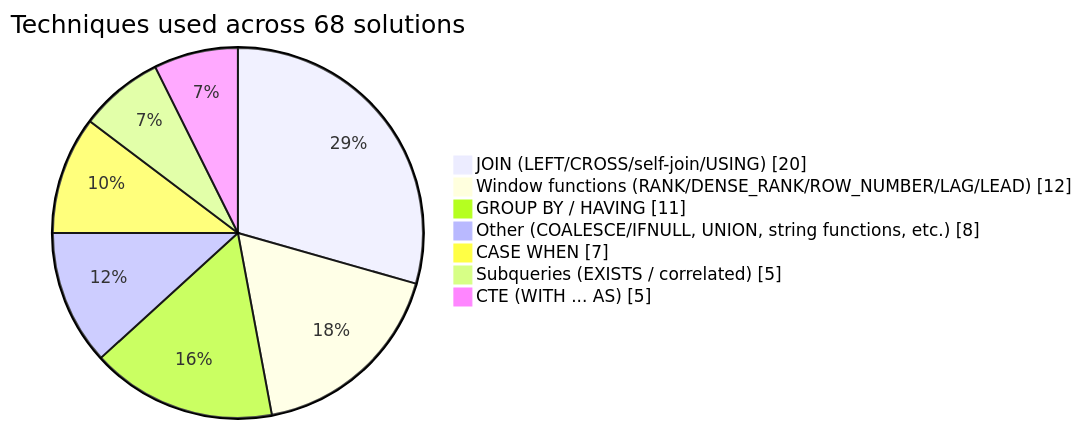
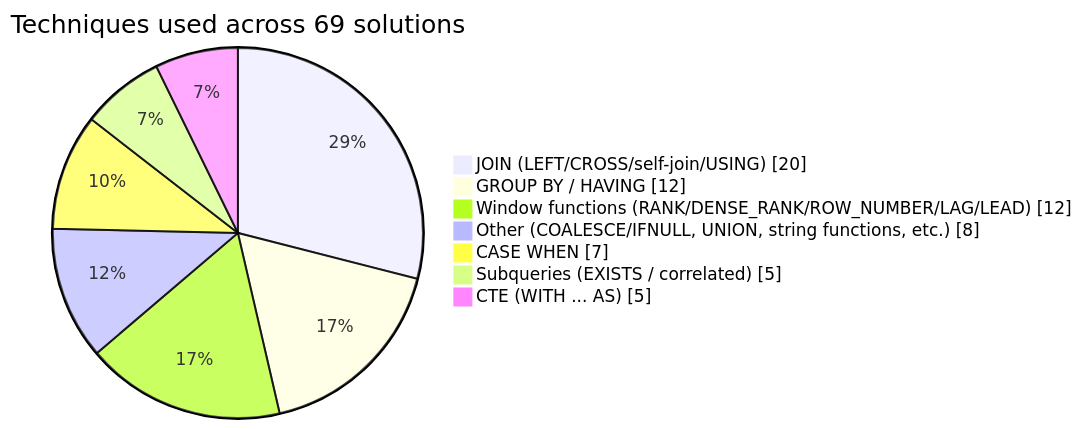
The diagram in README.md (ruhlanrzayev/LeetCode_SQL_Problems), drawn with Mermaid before and after one commit. The commit also changed other lines of this file, not shown here.

Commit message:
chore: auto-update technique breakdown chart

````diff
--- a/README.md
+++ b/README.md
@@ -11,11 +11,11 @@
 ```mermaid
 pie showData
-    title Techniques used across 68 solutions
+    title Techniques used across 69 solutions
     "JOIN (LEFT/CROSS/self-join/USING)" : 20
+    "GROUP BY / HAVING" : 12
     "Window functions (RANK/DENSE_RANK/ROW_NUMBER/LAG/LEAD)" : 12
-    "GROUP BY / HAVING" : 11
     "Other (COALESCE/IFNULL, UNION, string functions, etc.)" : 8
     "CASE WHEN" : 7
     "Subqueries (EXISTS / correlated)" : 5
     "CTE (WITH ... AS)" : 5
 ```
````
